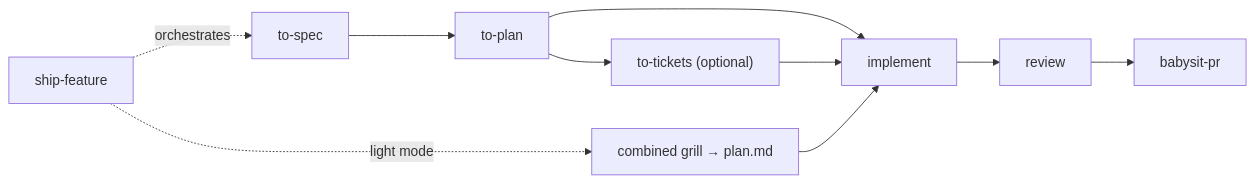
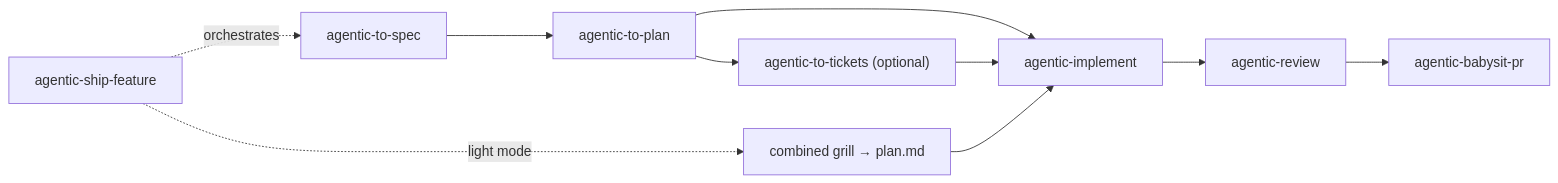
The diagram in README.md (JohannWilfridCalixte/agent-skills), drawn with Mermaid before and after one commit. The commit also changed other lines of this file and 75 other files, not shown here.

````diff
--- a/README.md
+++ b/README.md
@@ -43,13 +65,13 @@
 ```mermaid
 flowchart LR
-    spec[to-spec] --> plan[to-plan]
-    plan --> tickets["to-tickets (optional)"]
-    plan --> implement
+    spec[agentic-to-spec] --> plan[agentic-to-plan]
+    plan --> tickets["agentic-to-tickets (optional)"]
+    plan --> implement[agentic-implement]
     tickets --> implement
-    implement --> review
-    review --> babysit[babysit-pr]
+    implement --> review[agentic-review]
+    review --> babysit[agentic-babysit-pr]
 
-    ship[ship-feature] -. orchestrates .-> spec
+    ship[agentic-ship-feature] -. orchestrates .-> spec
     ship -. light mode .-> light["combined grill → plan.md"]
     light --> implement
 ```
````
